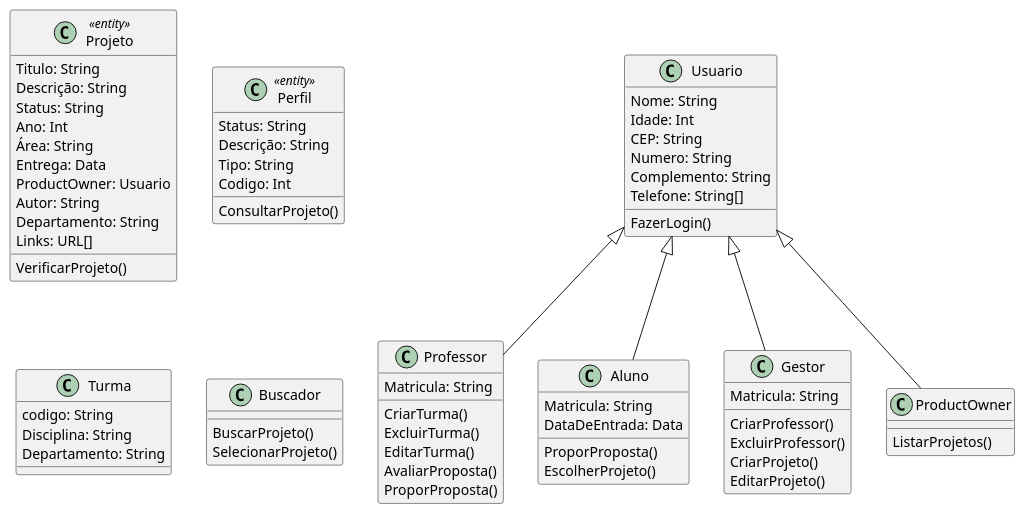
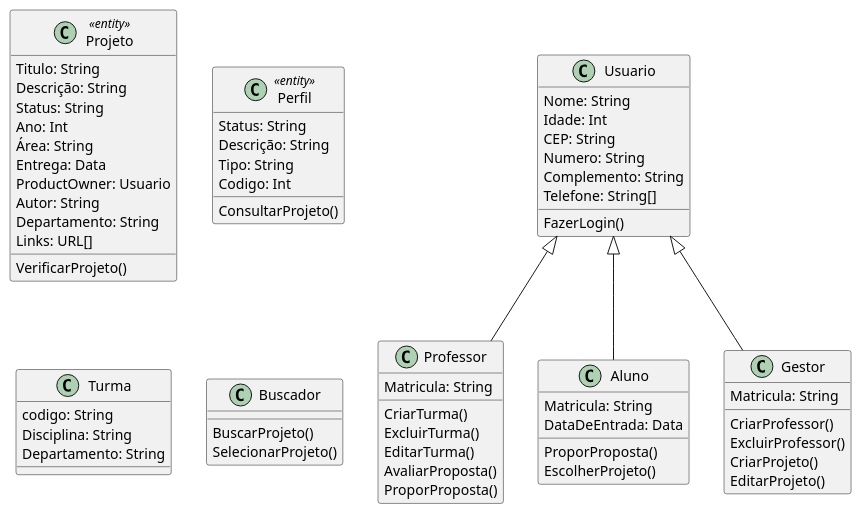
One commit to Pedro-V/projetorium changed the diagram in diagramas/classes_comum.iuml. Above: the diagram before and after it, drawn with PlantUML. The commit also changed 2 other files, not shown here.

```diff
--- a/diagramas/classes_comum.iuml
+++ b/diagramas/classes_comum.iuml
@@ -1,84 +1,79 @@
 @startuml
 class Usuario {
     Nome: String
     Idade: Int
     CEP: String
     Numero: String
     Complemento: String
     Telefone: String[]
 
     FazerLogin()
 }
 
 class Professor {
     Matricula: String 
 
     CriarTurma()
     ExcluirTurma()
     EditarTurma()
     AvaliarProposta()
     ProporProposta()
 }
 
 class Aluno {
     Matricula: String
     DataDeEntrada: Data
 
     ProporProposta()
     EscolherProjeto()
 }
 
 class Gestor {
     Matricula: String
 
     CriarProfessor()
     ExcluirProfessor()
     CriarProjeto()
     EditarProjeto()
 }
 
 class Projeto <<entity>> {
     Titulo: String
     Descrição: String
     Status: String
     Ano: Int
     Área: String
     Entrega: Data
     ProductOwner: Usuario
     Autor: String
     Departamento: String
     Links: URL[]
 
     VerificarProjeto()
 }
 
 class Perfil <<entity>> {
     Status: String
     Descrição: String
     Tipo: String
     Codigo: Int
     
     ConsultarProjeto()
 }
 
 class Turma {
     codigo: String
     Disciplina: String
     Departamento: String
 }
 
 class Buscador {
     BuscarProjeto()
     SelecionarProjeto()
 }
 
-class ProductOwner {
-    ListarProjetos()
-}
-
 Usuario <|-- Professor
 Usuario <|-- Aluno
 Usuario <|-- Gestor
-Usuario <|-- ProductOwner
 
 @enduml
```
